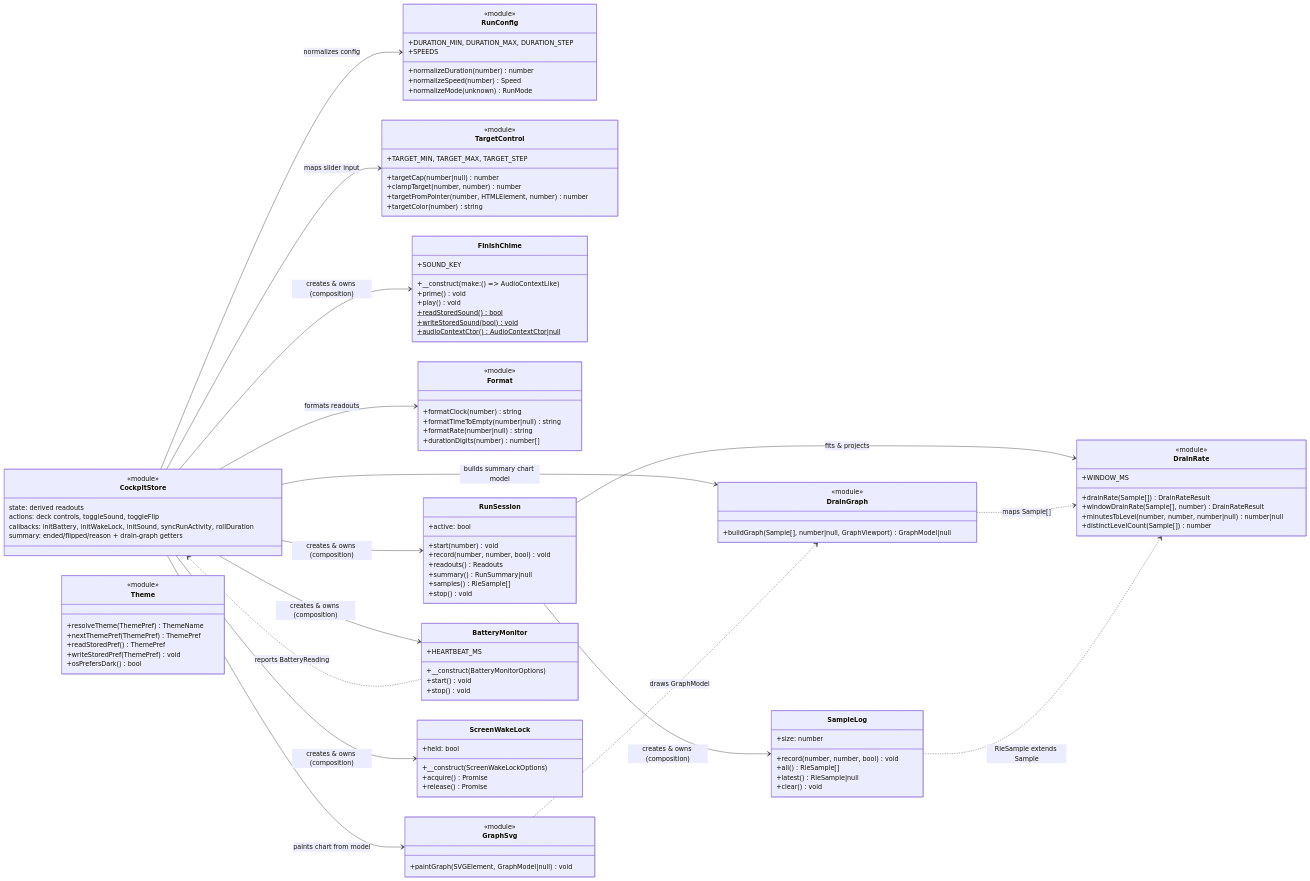
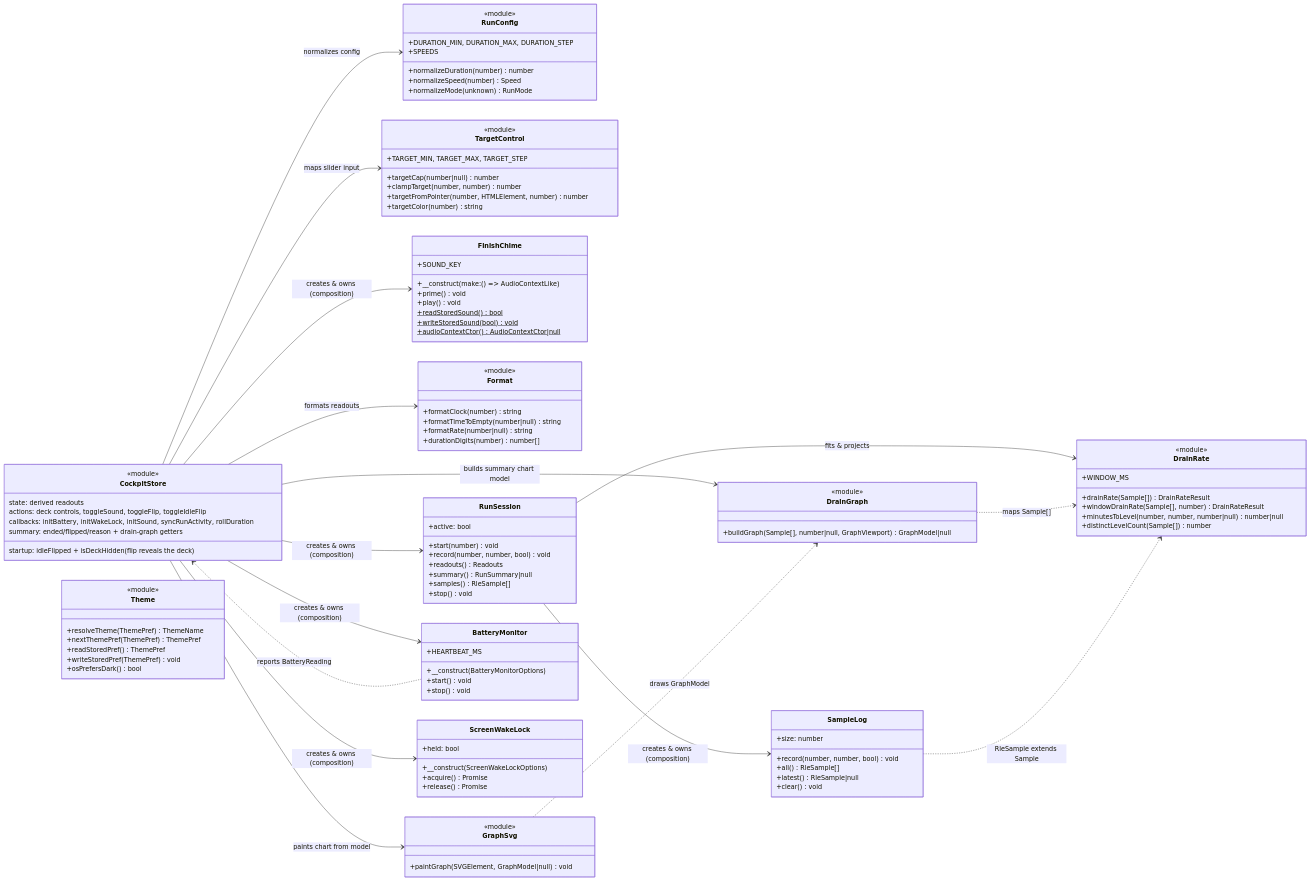
The diagram in docs/contracts/cockpit-frontend-modules.mmd (erdembircan/battery-surf-bench), drawn with Mermaid before and after one commit. The commit also changed 12 other files, not shown here.

Commit message:
[FEAT]: reuse flip postcard for the startup screen

```diff
--- a/docs/contracts/cockpit-frontend-modules.mmd
+++ b/docs/contracts/cockpit-frontend-modules.mmd
@@ -1,129 +1,130 @@
 %% Cockpit front-end modules — contract chart.
 %% The client side of the `bsb/cockpit` block: the Interactivity store and the
 %% focused domains it delegates to. Function-only modules are marked
 %% <<module>>; the rest are classes. Only the public (exported) surface is shown.
 classDiagram
     direction LR
 
     class CockpitStore {
         <<module>>
         state: derived readouts
-        actions: deck controls, toggleSound, toggleFlip
+        actions: deck controls, toggleSound, toggleFlip, toggleIdleFlip
         callbacks: initBattery, initWakeLock, initSound, syncRunActivity, rollDuration
+        startup: idleFlipped + isDeckHidden (flip reveals the deck)
         summary: ended/flipped/reason + drain-graph getters
     }
 
     class RunConfig {
         <<module>>
         +normalizeDuration(number) number
         +normalizeSpeed(number) Speed
         +normalizeMode(unknown) RunMode
         +DURATION_MIN, DURATION_MAX, DURATION_STEP
         +SPEEDS
     }
 
     class TargetControl {
         <<module>>
         +targetCap(number|null) number
         +clampTarget(number, number) number
         +targetFromPointer(number, HTMLElement, number) number
         +targetColor(number) string
         +TARGET_MIN, TARGET_MAX, TARGET_STEP
     }
 
     %% Dark mode is disabled: the Theme module is retained in the codebase but
     %% intentionally unwired — the store no longer imports it, so the cockpit
     %% renders the light palette only and nothing reads/writes the stored pref.
     class Theme {
         <<module>>
         +resolveTheme(ThemePref) ThemeName
         +nextThemePref(ThemePref) ThemePref
         +readStoredPref() ThemePref
         +writeStoredPref(ThemePref) void
         +osPrefersDark() bool
     }
 
     class FinishChime {
         +__construct(make: () =&gt; AudioContextLike)
         +prime() void
         +play() void
         +readStoredSound()$ bool
         +writeStoredSound(bool)$ void
         +audioContextCtor()$ AudioContextCtor|null
         +SOUND_KEY
     }
 
     class Format {
         <<module>>
         +formatClock(number) string
         +formatTimeToEmpty(number|null) string
         +formatRate(number|null) string
         +durationDigits(number) number[]
     }
 
     class DrainRate {
         <<module>>
         +drainRate(Sample[]) DrainRateResult
         +windowDrainRate(Sample[], number) DrainRateResult
         +minutesToLevel(number, number, number|null) number|null
         +distinctLevelCount(Sample[]) number
         +WINDOW_MS
     }
 
     class DrainGraph {
         <<module>>
         +buildGraph(Sample[], number|null, GraphViewport) GraphModel|null
     }
 
     class GraphSvg {
         <<module>>
         +paintGraph(SVGElement, GraphModel|null) void
     }
 
     class SampleLog {
         +record(number, number, bool) void
         +all() RleSample[]
         +latest() RleSample|null
         +size: number
         +clear() void
     }
 
     class RunSession {
         +start(number) void
         +active: bool
         +record(number, number, bool) void
         +readouts() Readouts
         +summary() RunSummary|null
         +samples() RleSample[]
         +stop() void
     }
 
     class BatteryMonitor {
         +__construct(BatteryMonitorOptions)
         +start() void
         +stop() void
         +HEARTBEAT_MS
     }
 
     class ScreenWakeLock {
         +__construct(ScreenWakeLockOptions)
         +acquire() Promise
         +release() Promise
         +held: bool
     }
 
     CockpitStore --> RunConfig : normalizes config
     CockpitStore --> TargetControl : maps slider input
     CockpitStore --> Format : formats readouts
     CockpitStore --> BatteryMonitor : creates & owns (composition)
     CockpitStore --> ScreenWakeLock : creates & owns (composition)
     CockpitStore --> RunSession : creates & owns (composition)
     CockpitStore --> FinishChime : creates & owns (composition)
     BatteryMonitor ..> CockpitStore : reports BatteryReading
     CockpitStore --> DrainGraph : builds summary chart model
     CockpitStore --> GraphSvg : paints chart from model
     GraphSvg ..> DrainGraph : draws GraphModel
     RunSession --> SampleLog : creates & owns (composition)
     RunSession --> DrainRate : fits & projects
     DrainGraph ..> DrainRate : maps Sample[]
     SampleLog ..> DrainRate : RleSample extends Sample
```
